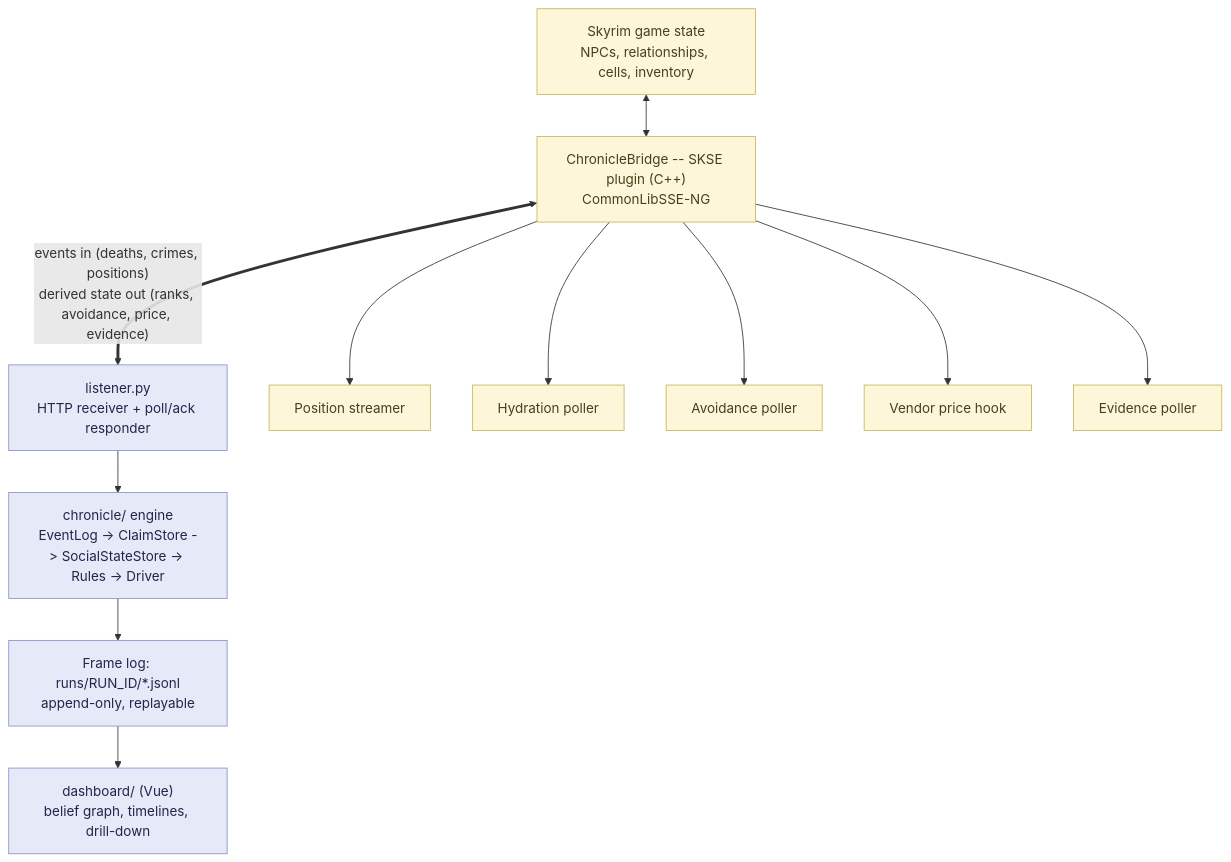
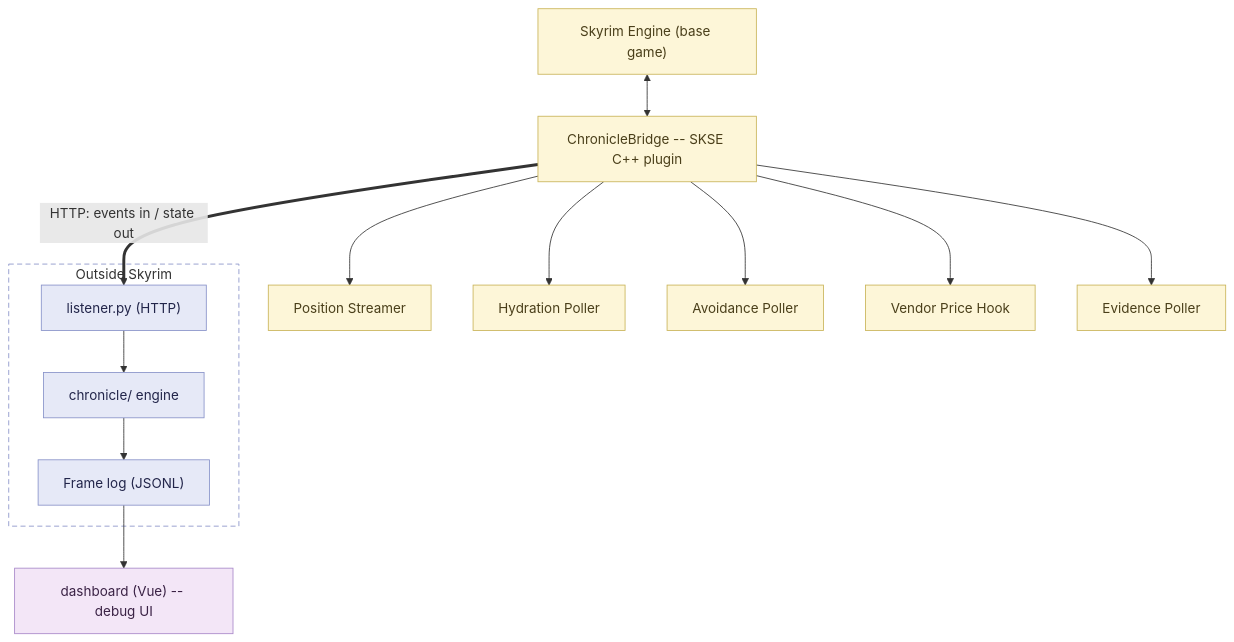
The first of 4 diagrams in README.md (ByteBard97/Chronicle), drawn with Mermaid before and after one commit. The commit also changed other lines of this file, not shown here.

First line of the commit message:
README: restructure architecture diagram, fix label clipping/contrast

````diff
--- a/README.md
+++ b/README.md
@@ -33,16 +33,24 @@
 ```mermaid
 flowchart TB
-    GAME["Skyrim game state<br/>NPCs, relationships, cells, inventory"] <--> BRIDGE["ChronicleBridge -- SKSE plugin (C++)<br/>CommonLibSSE-NG"]
-    BRIDGE <=="events in (deaths, crimes, positions)<br/>derived state out (ranks, avoidance, price, evidence)"==> LISTENER["listener.py<br/>HTTP receiver + poll/ack responder"]
-    LISTENER --> CORE["chronicle/ engine<br/>EventLog -&gt; ClaimStore -&gt; SocialStateStore -&gt; Rules -&gt; Driver"] --> LOG["Frame log: runs/RUN_ID/*.jsonl<br/>append-only, replayable"] --> DASH["dashboard/ (Vue)<br/>belief graph, timelines, drill-down"]
-    BRIDGE --> POS["Position streamer"]
-    BRIDGE --> HYD["Hydration poller"]
-    BRIDGE --> AVOID["Avoidance poller"]
-    BRIDGE --> VEND["Vendor price hook"]
-    BRIDGE --> EVID["Evidence poller"]
+    ENGINE["Skyrim Engine (base game)"] <--> BRIDGE["ChronicleBridge -- SKSE C++ plugin"]
+    BRIDGE --> POS["Position Streamer"]
+    BRIDGE --> HYD["Hydration Poller"]
+    BRIDGE --> AVOID["Avoidance Poller"]
+    BRIDGE --> VEND["Vendor Price Hook"]
+    BRIDGE --> EVID["Evidence Poller"]
+
+    BRIDGE =="HTTP: events in / state out"==> LISTENER
+
+    subgraph PYTHON["Outside Skyrim"]
+        LISTENER["listener.py (HTTP)"] --> CORE["chronicle/ engine"] --> LOG["Frame log (JSONL)"]
+    end
+    LOG --> DASH["dashboard (Vue) -- debug UI"]
 
     classDef ingame fill:#fdf6d8,stroke:#c9b458,color:#4a3f1a;
     classDef host fill:#e6e9f7,stroke:#8892c9,color:#22254a;
-    class GAME,BRIDGE,POS,HYD,AVOID,VEND,EVID ingame
-    class LISTENER,CORE,LOG,DASH host
+    classDef debug fill:#f3e6f7,stroke:#a888c9,color:#3a2245;
+    class ENGINE,BRIDGE,POS,HYD,AVOID,VEND,EVID ingame
+    class LISTENER,CORE,LOG host
+    class DASH debug
+    style PYTHON stroke-dasharray: 6 4,fill:none,stroke:#8892c9
 ```
````
